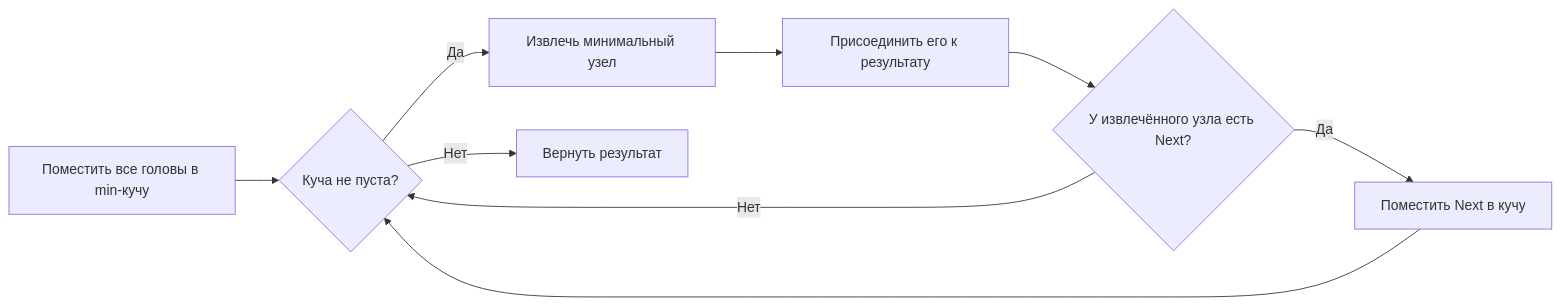
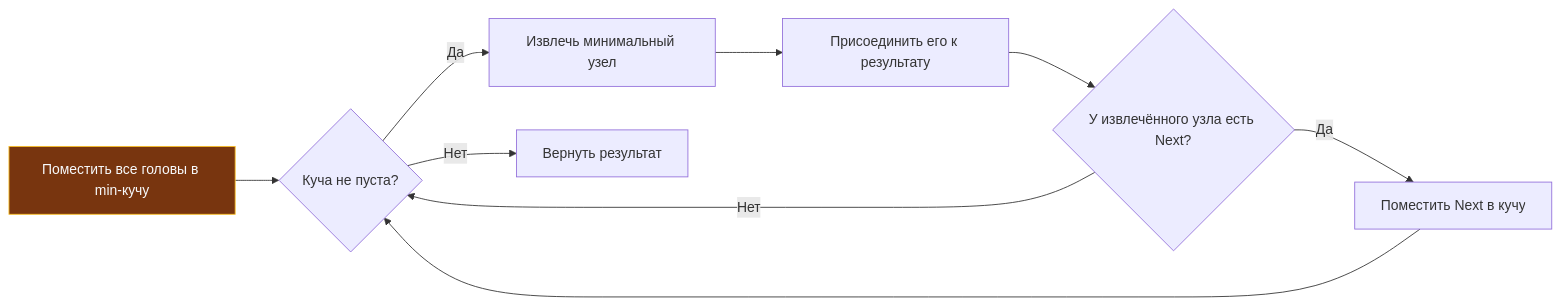
The diagram in sources/21. Задачи с LeetCode и собеседований на Go/02. Задачи/29. Сложные задачи/4. Merge K Sorted Lists.md (UnrealTemplier/go-textbook), drawn with Mermaid before and after one commit. The commit also changed 1666 other files, not shown here.

First line of the commit message:
feat(mermaid): add semantic color classDef to 1369 colorless flowchart/graph diagrams

````diff
--- a/sources/21. Задачи с LeetCode и собеседований на Go/02. Задачи/29. Сложные задачи/4. Merge K Sorted Lists.md
+++ b/sources/21. Задачи с LeetCode и собеседований на Go/02. Задачи/29. Сложные задачи/4. Merge K Sorted Lists.md
@@ -112,11 +112,21 @@
 ```mermaid
 flowchart LR
-    A["Поместить все головы в min-кучу"] --> B{"Куча не пуста?"}
+    classDef process  fill:#1e293b,stroke:#38bdf8,stroke-width:1px,color:#f8fafc
+    classDef success  fill:#064e3b,stroke:#34d399,stroke-width:1px,color:#f8fafc
+    classDef error    fill:#7f1d1d,stroke:#f87171,stroke-width:1px,color:#f8fafc
+    classDef warning  fill:#78350f,stroke:#fbbf24,stroke-width:1px,color:#f8fafc
+    classDef entry    fill:#1e3a5f,stroke:#38bdf8,stroke-width:2px,color:#f8fafc
+    classDef aux      fill:#334155,stroke:#64748b,stroke-width:1px,color:#f8fafc
+    classDef system   fill:#312e81,stroke:#a78bfa,stroke-width:1px,color:#f8fafc
+    classDef data     fill:#132d29,stroke:#2dd4bf,stroke-width:1px,color:#f8fafc
+    classDef network  fill:#881337,stroke:#fb7185,stroke-width:1px,color:#f8fafc
+    classDef accent   fill:#1e1b4b,stroke:#818cf8,stroke-width:1px,color:#f8fafc
+    A["Поместить все головы в min-кучу"]:::warning --> B{"Куча не пуста?"}
     B -->|"Да"| C["Извлечь минимальный узел"]
     C --> D["Присоединить его к результату"]
     D --> E{"У извлечённого узла есть Next?"}
     E -->|"Да"| F["Поместить Next в кучу"]
     E -->|"Нет"| B
     F --> B
     B -->|"Нет"| G["Вернуть результат"]
 ```
````
